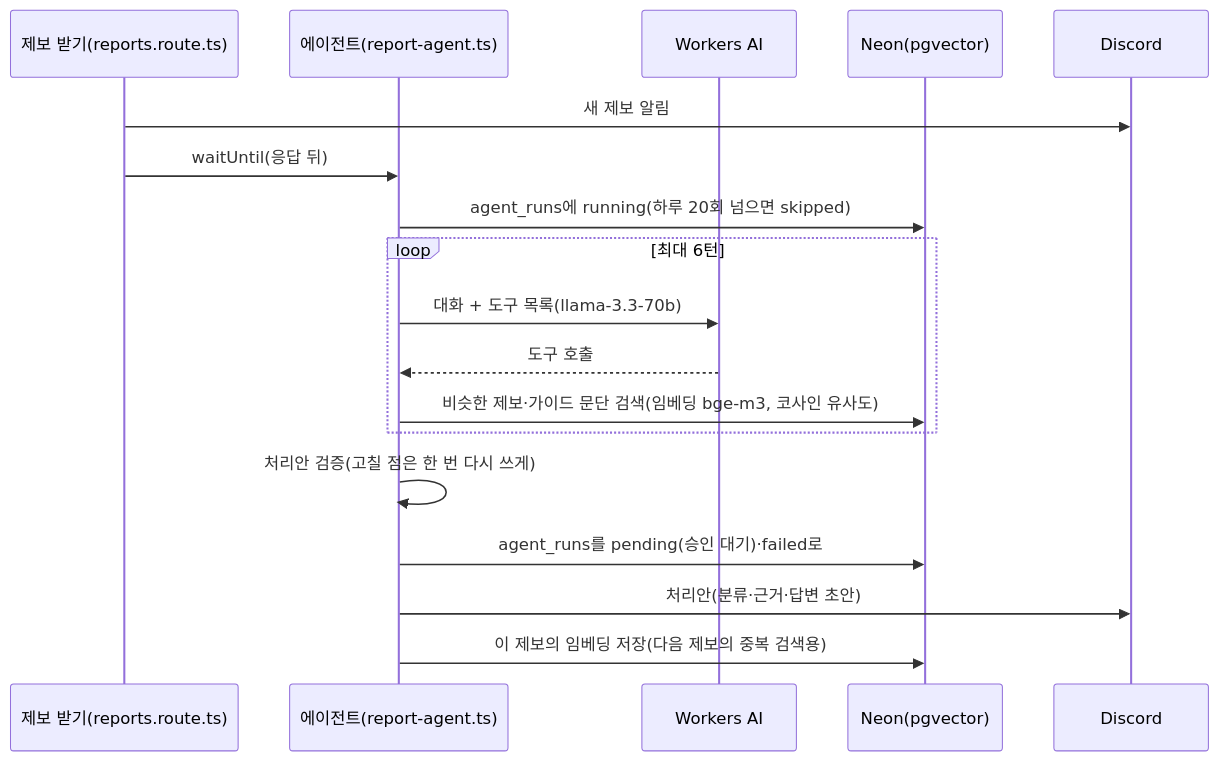
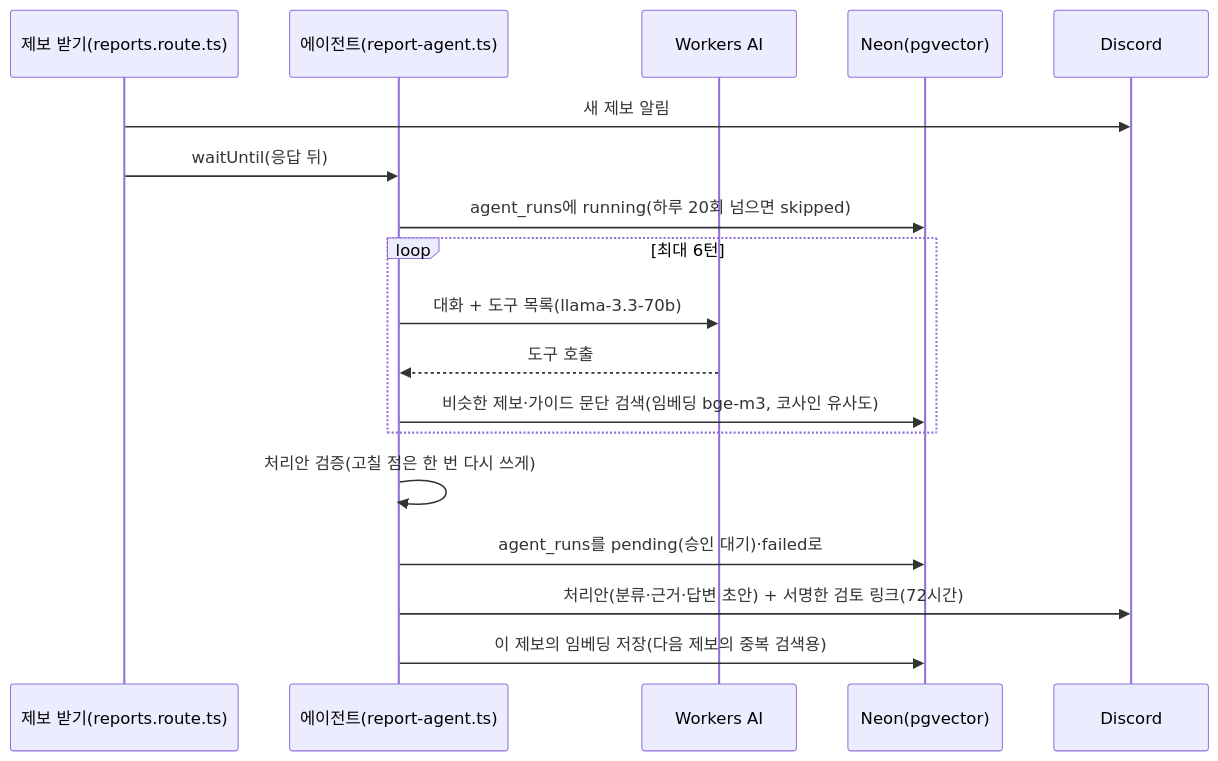
Diagram 14 of 16 in app-flow.md (arqhive/arqhive-web), drawn with Mermaid before and after one commit. The commit also changed other lines of this file and 12 other files, not shown here.

````diff
--- a/app-flow.md
+++ b/app-flow.md
@@ -354,20 +354,20 @@
 ```mermaid
 sequenceDiagram
   participant API as 제보 받기(reports.route.ts)
   participant AG as 에이전트(report-agent.ts)
   participant AI as Workers AI
   participant DB as Neon(pgvector)
   participant D as Discord
   API->>D: 새 제보 알림
   API->>AG: waitUntil(응답 뒤)
   AG->>DB: agent_runs에 running(하루 20회 넘으면 skipped)
   loop 최대 6턴
     AG->>AI: 대화 + 도구 목록(llama-3.3-70b)
     AI-->>AG: 도구 호출
     AG->>DB: 비슷한 제보·가이드 문단 검색(임베딩 bge-m3, 코사인 유사도)
   end
   AG->>AG: 처리안 검증(고칠 점은 한 번 다시 쓰게)
   AG->>DB: agent_runs를 pending(승인 대기)·failed로
-  AG->>D: 처리안(분류·근거·답변 초안)
+  AG->>D: 처리안(분류·근거·답변 초안) + 서명한 검토 링크(72시간)
   AG->>DB: 이 제보의 임베딩 저장(다음 제보의 중복 검색용)
 ```
````
